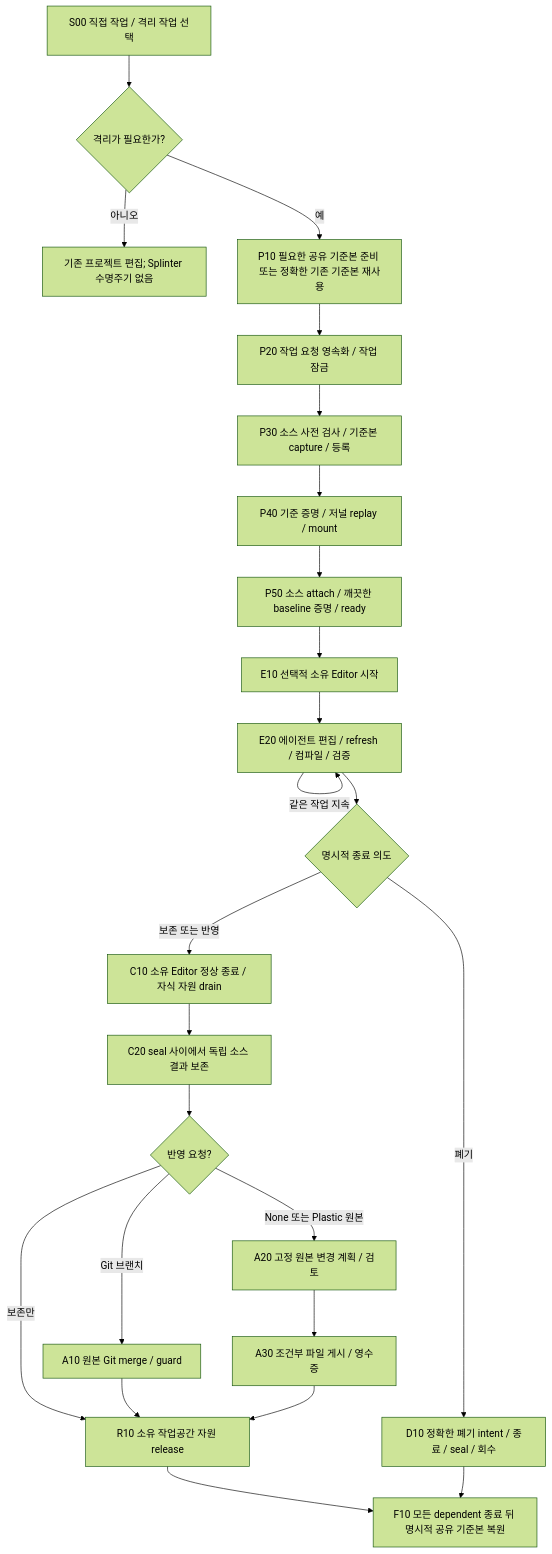
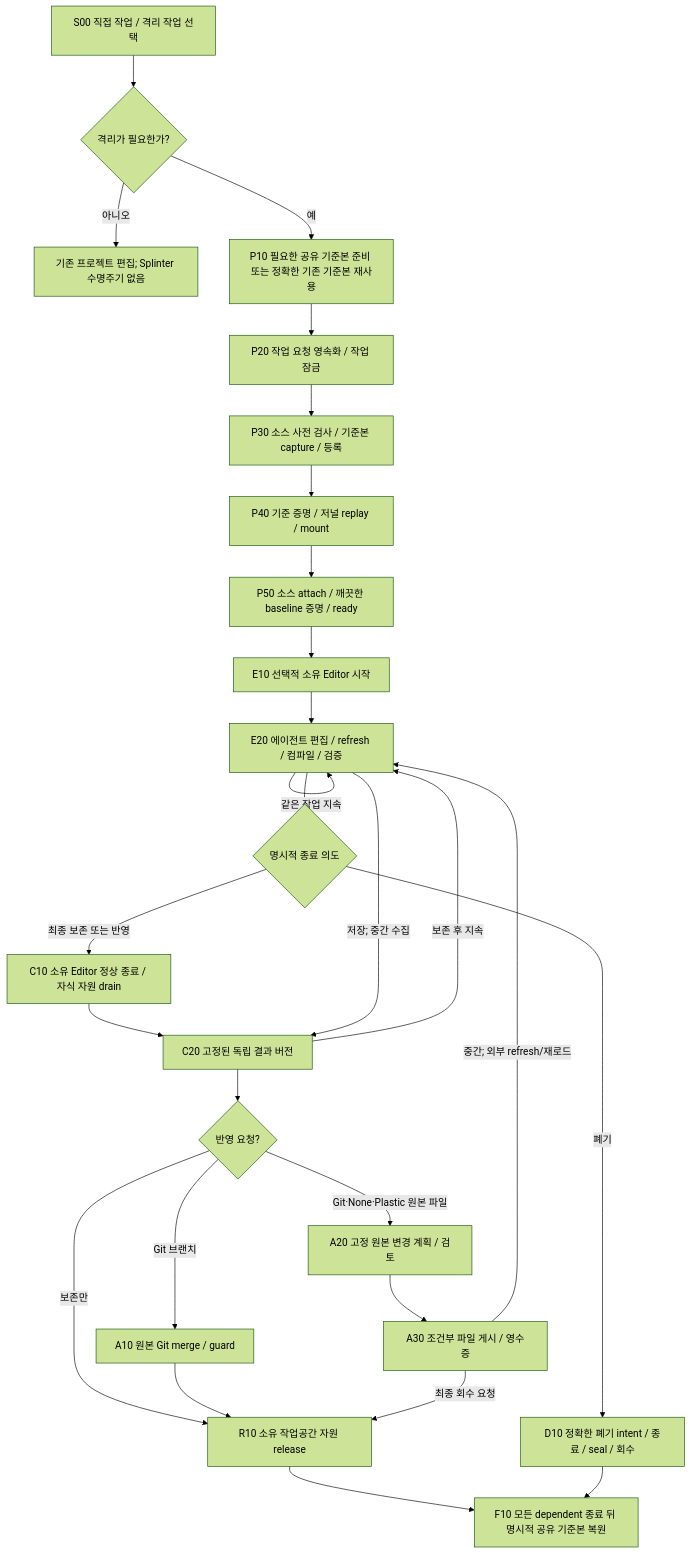
Before and after one commit to olivecrow/splinter: the first of 6 diagrams in docs/ko/lifecycle-optimization-map.md, drawn with Mermaid (forest theme). The commit also changed other lines of this file and 47 other files, not shown here.

````diff
--- a/docs/ko/lifecycle-optimization-map.md
+++ b/docs/ko/lifecycle-optimization-map.md
@@ -21,26 +21,29 @@
 ```mermaid
 flowchart TD
   S00["S00 직접 작업 / 격리 작업 선택"] --> Need{"격리가 필요한가?"}
   Need -->|아니오| Direct["기존 프로젝트 편집; Splinter 수명주기 없음"]
   Need -->|예| P10["P10 필요한 공유 기준본 준비 또는 정확한 기존 기준본 재사용"]
   P10 --> P20["P20 작업 요청 영속화 / 작업 잠금"]
   P20 --> P30["P30 소스 사전 검사 / 기준본 capture / 등록"]
   P30 --> P40["P40 기준 증명 / 저널 replay / mount"]
   P40 --> P50["P50 소스 attach / 깨끗한 baseline 증명 / ready"]
   P50 --> E10["E10 선택적 소유 Editor 시작"]
   E10 --> E20["E20 에이전트 편집 / refresh / 컴파일 / 검증"]
   E20 -->|같은 작업 지속| E20
   E20 --> Finish{"명시적 종료 의도"}
-  Finish -->|보존 또는 반영| C10["C10 소유 Editor 정상 종료 / 자식 자원 drain"]
-  C10 --> C20["C20 seal 사이에서 독립 소스 결과 보존"]
+  Finish -->|최종 보존 또는 반영| C10["C10 소유 Editor 정상 종료 / 자식 자원 drain"]
+  C10 --> C20["C20 고정된 독립 결과 버전"]
+  E20 -->|저장; 중간 수집| C20
   C20 --> Apply{"반영 요청?"}
   Apply -->|Git 브랜치| A10["A10 원본 Git merge / guard"]
-  Apply -->|None 또는 Plastic 원본| A20["A20 고정 원본 변경 계획 / 검토"]
+  Apply -->|Git·None·Plastic 원본 파일| A20["A20 고정 원본 변경 계획 / 검토"]
   A20 --> A30["A30 조건부 파일 게시 / 영수증"]
   Apply -->|보존만| R10["R10 소유 작업공간 자원 release"]
   A10 --> R10
-  A30 --> R10
+  A30 -->|최종 회수 요청| R10
+  A30 -->|중간; 외부 refresh/재로드| E20
+  C20 -->|보존 후 지속| E20
   Finish -->|폐기| D10["D10 정확한 폐기 intent / 종료 / seal / 회수"]
   R10 --> F10["F10 모든 dependent 종료 뒤 명시적 공유 기준본 복원"]
   D10 --> F10
 ```
````
